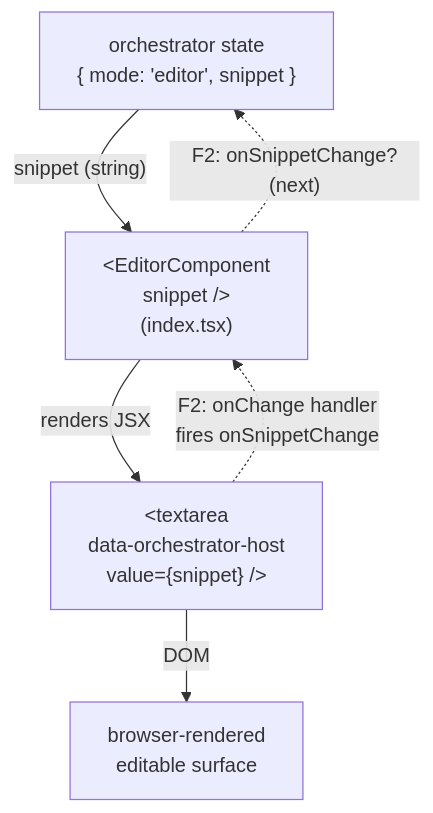
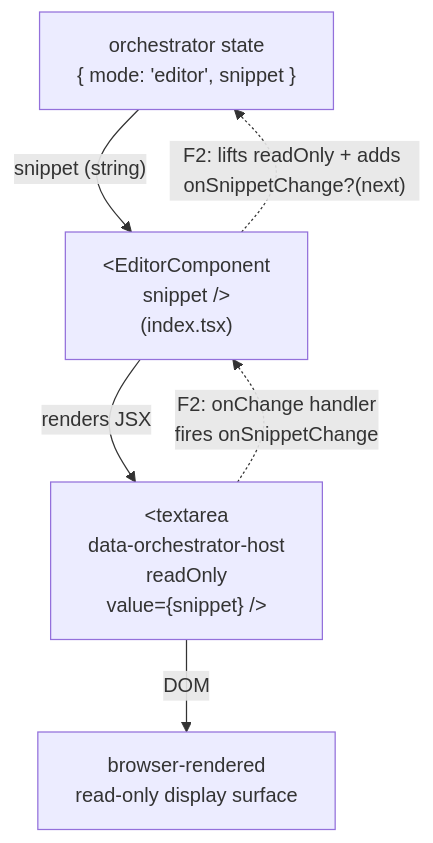
The diagram in src/lib/welcome-to-programming/just-enough/javascript/orchestrate/editor/DOCS.md (codeschoolinabox/curricula), drawn with Mermaid before and after one commit. The commit also changed other lines of this file and 8 other files, not shown here.

````diff
--- a/src/lib/welcome-to-programming/just-enough/javascript/orchestrate/editor/DOCS.md
+++ b/src/lib/welcome-to-programming/just-enough/javascript/orchestrate/editor/DOCS.md
@@ -43,10 +40,10 @@
 ```mermaid
 flowchart TD
     OrchestratorProps["orchestrator state<br/>{ mode: 'editor', snippet }"]
     OrchestratorProps -->|"snippet (string)"| Editor["&lt;EditorComponent<br/>snippet /&gt;<br/>(index.tsx)"]
-    Editor -->|"renders JSX"| Host["&lt;textarea<br/>data-orchestrator-host<br/>value={snippet} /&gt;"]
-    Host -->|"DOM"| Browser["browser-rendered<br/>editable surface"]
+    Editor -->|"renders JSX"| Host["&lt;textarea<br/>data-orchestrator-host<br/>readOnly<br/>value={snippet} /&gt;"]
+    Host -->|"DOM"| Browser["browser-rendered<br/>read-only display surface"]
 
-    Editor -. "F2: onSnippetChange?(next)" .-> OrchestratorProps
+    Editor -. "F2: lifts readOnly + adds onSnippetChange?(next)" .-> OrchestratorProps
     Host -. "F2: onChange handler<br/>fires onSnippetChange" .-> Editor
 ```
````
